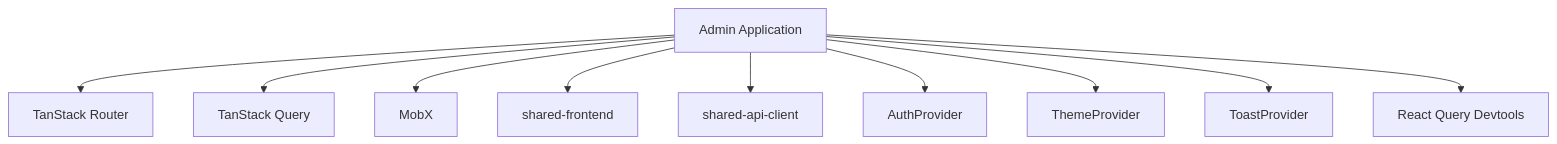
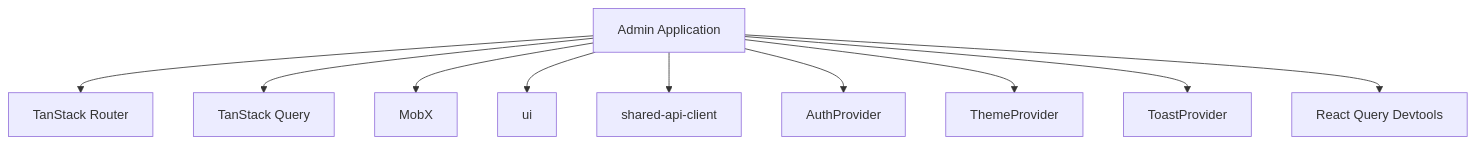
Before and after one commit to kimjoongwon/prj-core: the third of 9 diagrams in .qoder/repowiki/en/content/Monorepo Architecture/Monorepo Architecture.md, drawn with Mermaid. The commit also changed other lines of this file and 56 other files, not shown here.

````diff
--- a/.qoder/repowiki/en/content/Monorepo Architecture/Monorepo Architecture.md
+++ b/.qoder/repowiki/en/content/Monorepo Architecture/Monorepo Architecture.md
@@ -192,13 +204,13 @@
 ```mermaid
 graph TD
 A[Admin Application]
 A --> Router[TanStack Router]
 A --> Query[TanStack Query]
 A --> State[MobX]
-A --> UI[shared-frontend]
+A --> UI[ui]
 A --> API[shared-api-client]
 A --> Auth[AuthProvider]
 A --> Theme[ThemeProvider]
 A --> Toast[ToastProvider]
 A --> DevTools[React Query Devtools]
 ```
````
